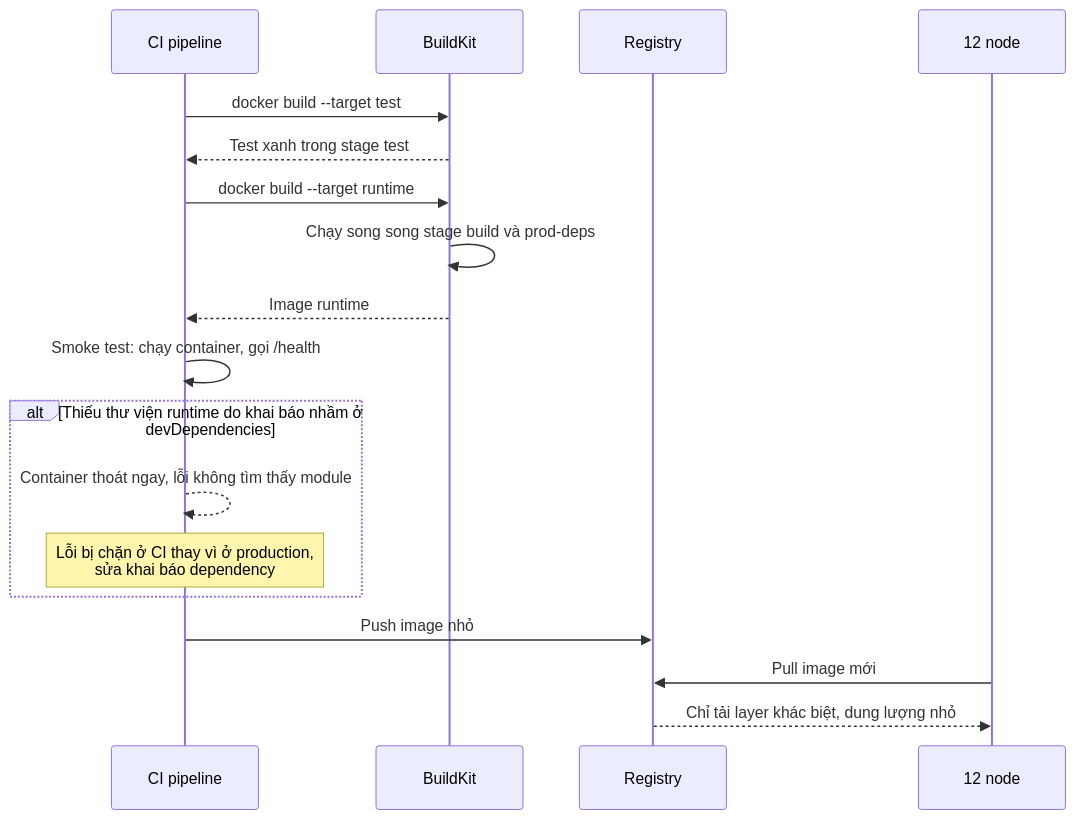
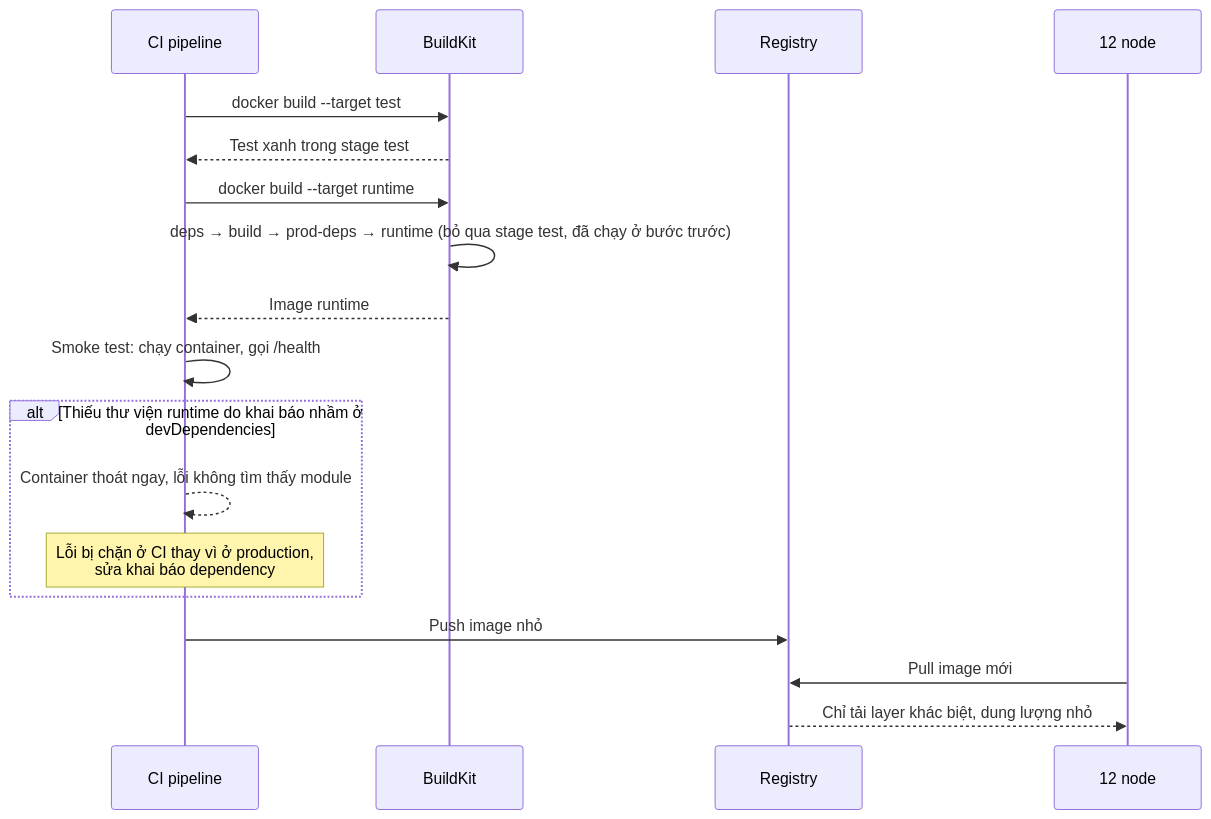
One commit to nguyenquochuy2311/system-design-nestjs changed the second of 2 diagrams in 17-backend-docker/01-multi-stage-build-image-1-8gb-deploy-10-phut/README.md. Above: the diagram before and after it, drawn with Mermaid. The commit also changed other lines of this file and 43 other files, not shown here.

First line of the commit message:
feat(17/01): lab Multi-stage Build cho API NestJS trong monorepo pnpm, số đo thật

````diff
--- a/17-backend-docker/01-multi-stage-build-image-1-8gb-deploy-10-phut/README.md
+++ b/17-backend-docker/01-multi-stage-build-image-1-8gb-deploy-10-phut/README.md
@@ -75,20 +74,20 @@
 ```mermaid
 sequenceDiagram
   participant CI as CI pipeline
   participant BK as BuildKit
   participant REG as Registry
   participant NODE as 12 node
   CI->>BK: docker build --target test
   BK-->>CI: Test xanh trong stage test
   CI->>BK: docker build --target runtime
-  BK->>BK: Chạy song song stage build và prod-deps
+  BK->>BK: deps → build → prod-deps → runtime (bỏ qua stage test, đã chạy ở bước trước)
   BK-->>CI: Image runtime
   CI->>CI: Smoke test: chạy container, gọi /health
   alt Thiếu thư viện runtime do khai báo nhầm ở devDependencies
     CI-->>CI: Container thoát ngay, lỗi không tìm thấy module
     Note over CI: Lỗi bị chặn ở CI thay vì ở production,<br/>sửa khai báo dependency
   end
   CI->>REG: Push image nhỏ
   NODE->>REG: Pull image mới
   REG-->>NODE: Chỉ tải layer khác biệt, dung lượng nhỏ
 ```
````
